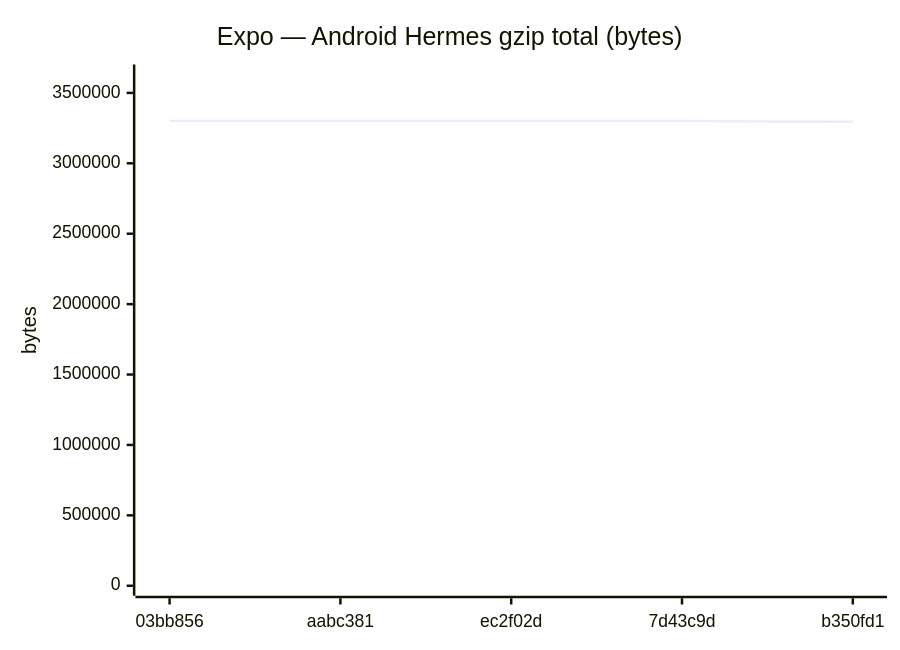
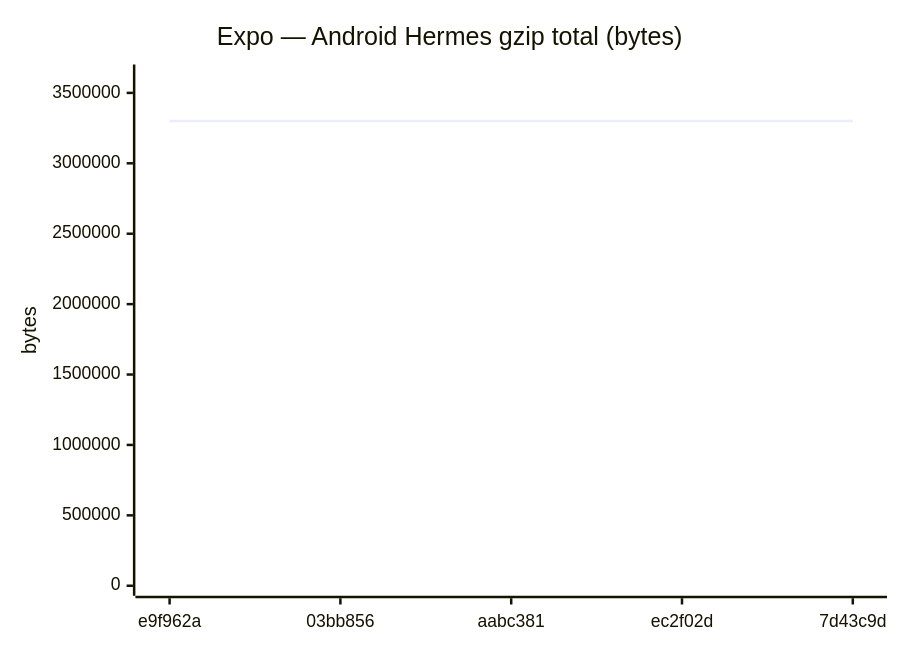
Before and after one commit to Metaheurist/Rianell: diagram 11 of 18 in benchmarks/compare.md, drawn with Mermaid. The commit also changed other lines of this file and 11 other files, not shown here.

````diff
--- a/benchmarks/compare.md
+++ b/benchmarks/compare.md
@@ -172,7 +172,7 @@
 ```mermaid
 xychart-beta
     title "Expo — Android Hermes gzip total (bytes)"
-    x-axis ["03bb856", "aabc381", "ec2f02d", "7d43c9d", "b350fd1"]
+    x-axis ["e9f962a", "03bb856", "aabc381", "ec2f02d", "7d43c9d"]
     y-axis "bytes" 0 --> 3630694
-    line [3300038, 3300630, 3300522, 3299950, 3296025]
+    line [3300034, 3300038, 3300630, 3300522, 3299950]
 ```
````
